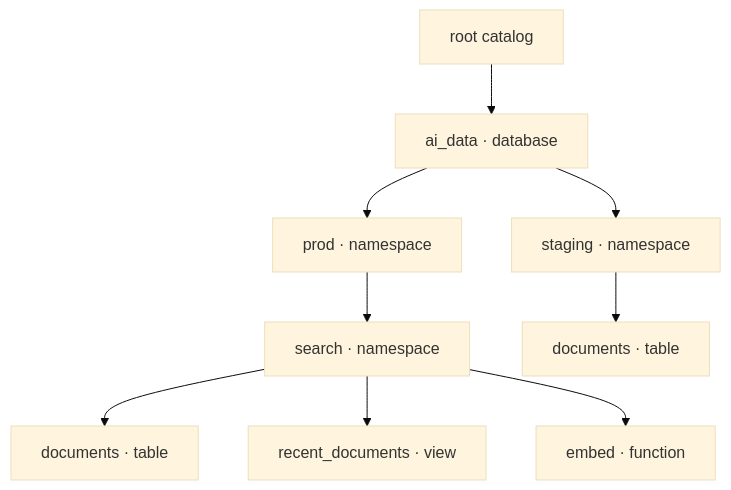
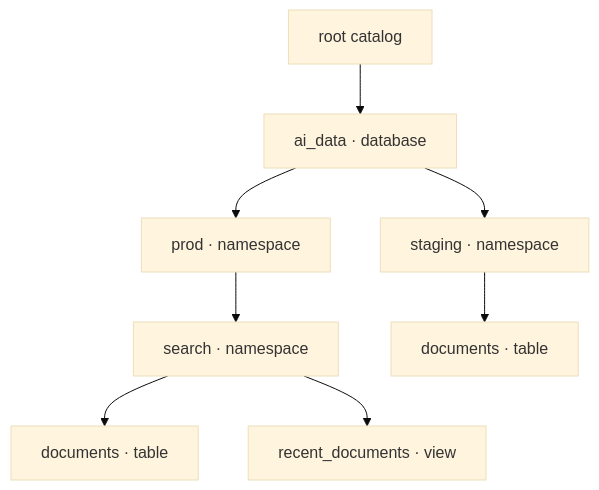
The diagram in docs/web/basics/catalog.mdx (lancedb/lancedb), drawn with Mermaid (base theme) before and after one commit. The commit also changed other lines of this file and 19 other files, not shown here.

````diff
--- a/docs/web/basics/catalog.mdx
+++ b/docs/web/basics/catalog.mdx
@@ -50,11 +50,10 @@
 ```mermaid
 flowchart TD
     catalog["root catalog"] --> database["ai_data · database"]
     database --> prod["prod · namespace"]
     database --> staging["staging · namespace"]
     prod --> search["search · namespace"]
     search --> search_docs["documents · table"]
     search --> search_view["recent_documents · view"]
-    search --> search_fn["embed · function"]
     staging --> staging_docs["documents · table"]
 ```
````
